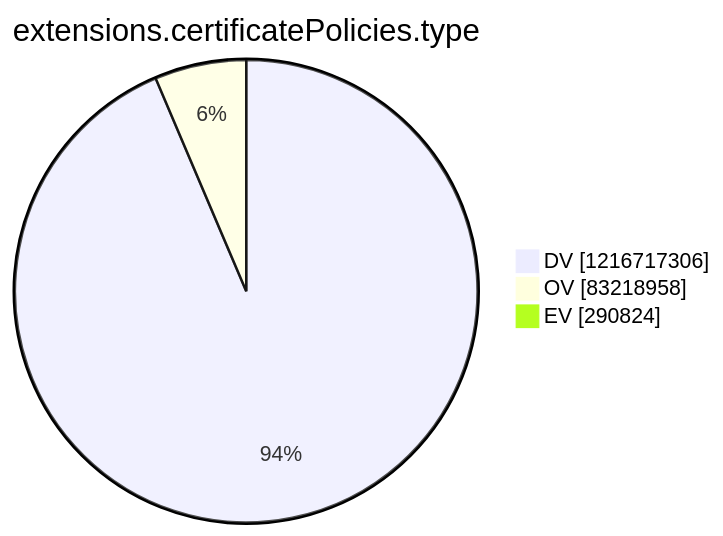
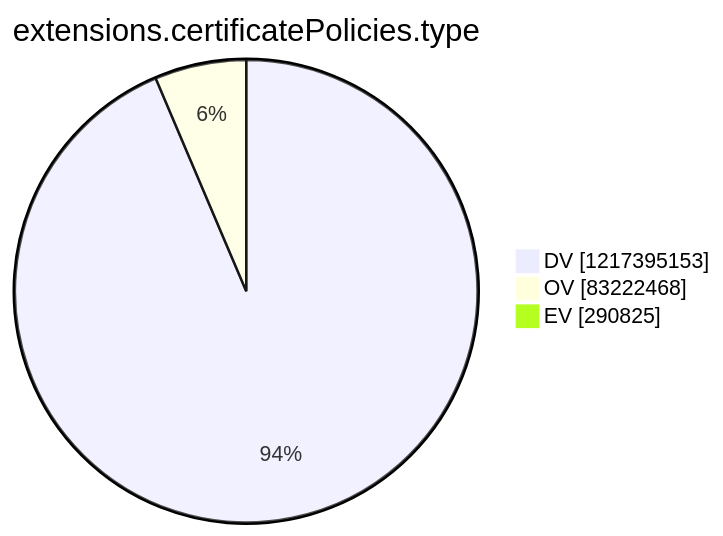
Before and after one commit to christiankrug/ctmonitor_visualization: the tenth of 15 diagrams in argon2022/README.md, drawn with Mermaid. The commit also changed other lines of this file, not shown here.

````diff
--- a/argon2022/README.md
+++ b/argon2022/README.md
@@ -2769,7 +2769,7 @@
 ```mermaid
 pie showData
 title extensions.certificatePolicies.type
-"DV" :1216717306
-"OV" :83218958
-"EV" :290824
+"DV" :1217395153
+"OV" :83222468
+"EV" :290825
 ```
````
